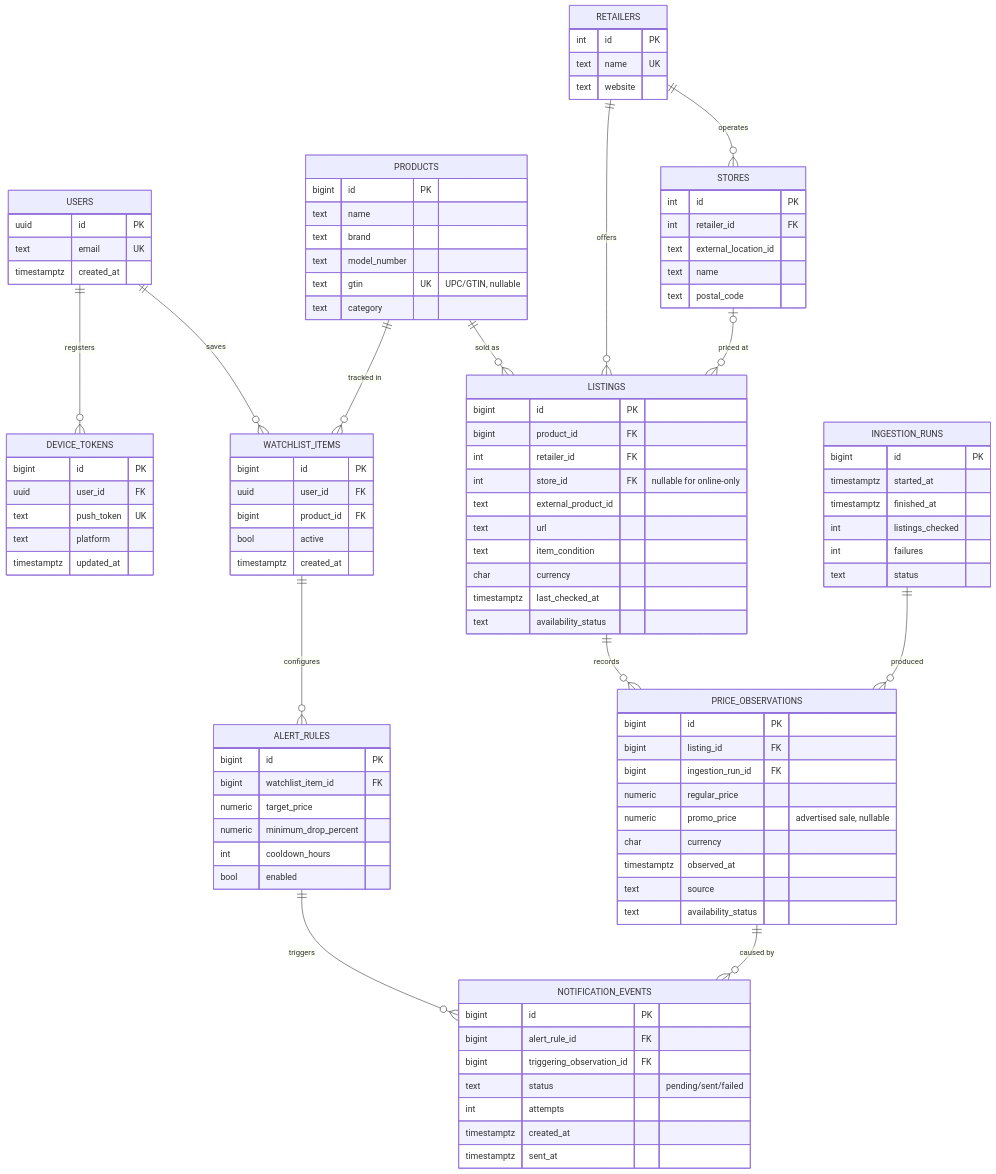
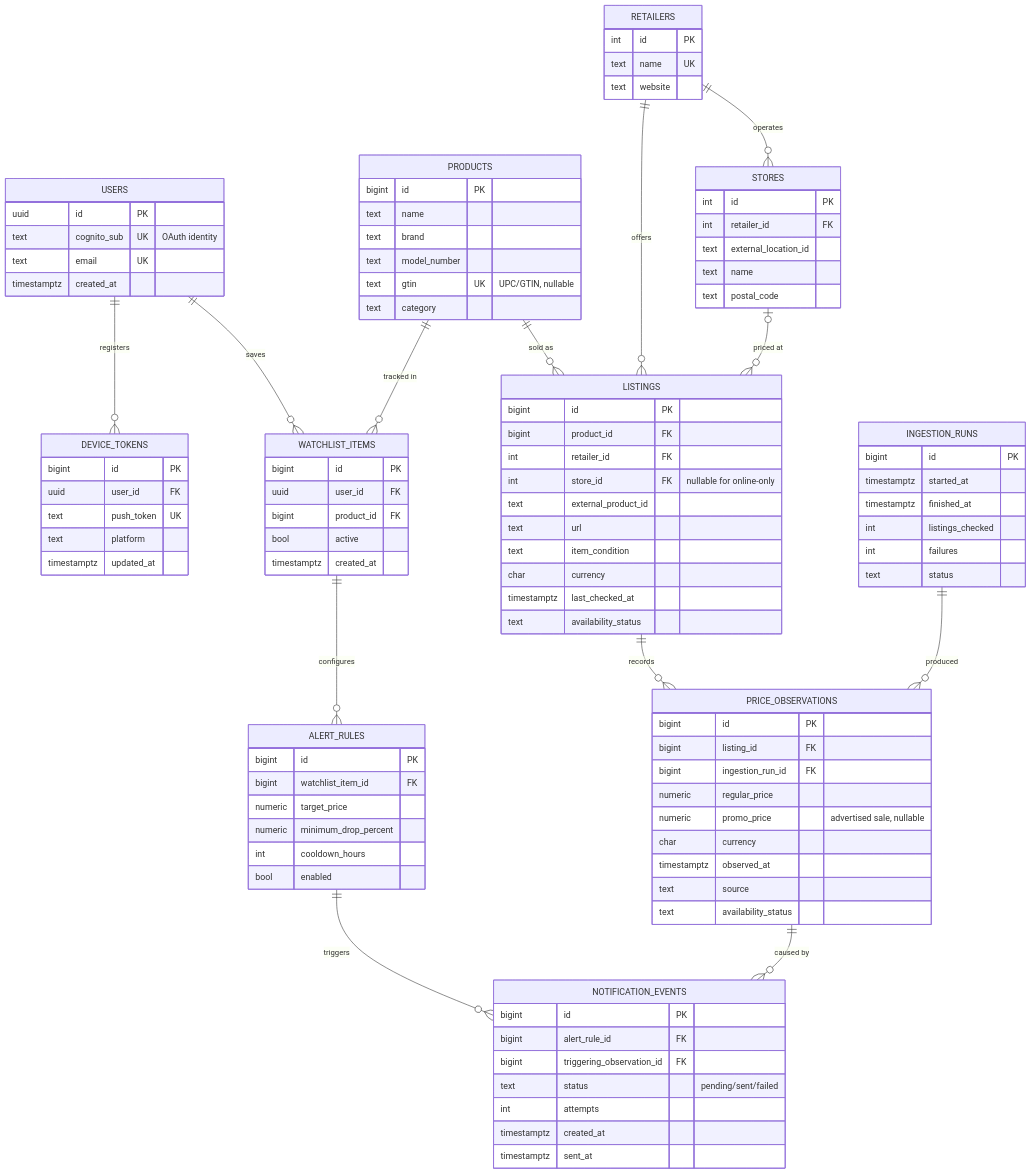
One commit to madalynkeyes/tagvello changed the second of 2 diagrams in README.md. Above: the diagram before and after it, drawn with Mermaid. The commit also changed other lines of this file, not shown here.

First line of the commit message:
Switch planned stack to AWS serverless with Cognito OAuth

```diff
--- a/README.md
+++ b/README.md
@@ -116,6 +118,7 @@
 
     USERS {
         uuid id PK
+        text cognito_sub UK "OAuth identity"
         text email UK
         timestamptz created_at
     }
```
